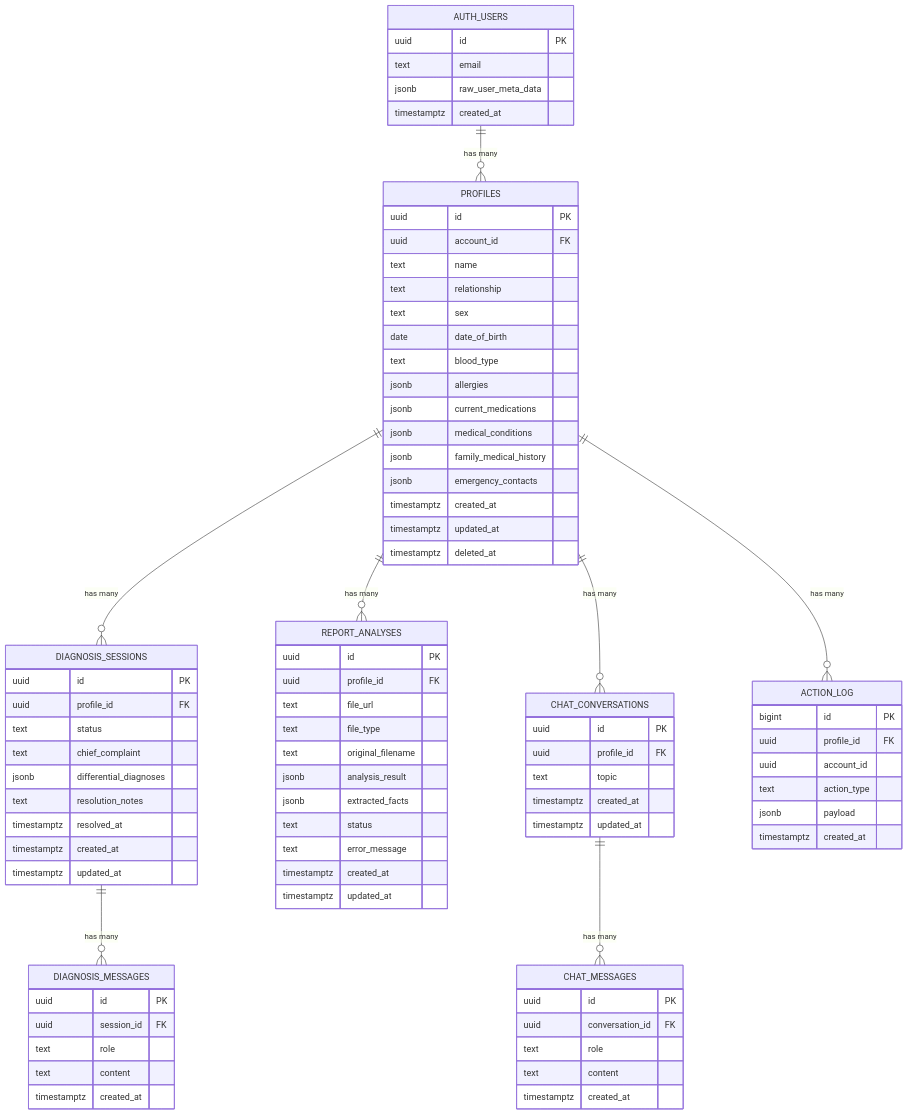
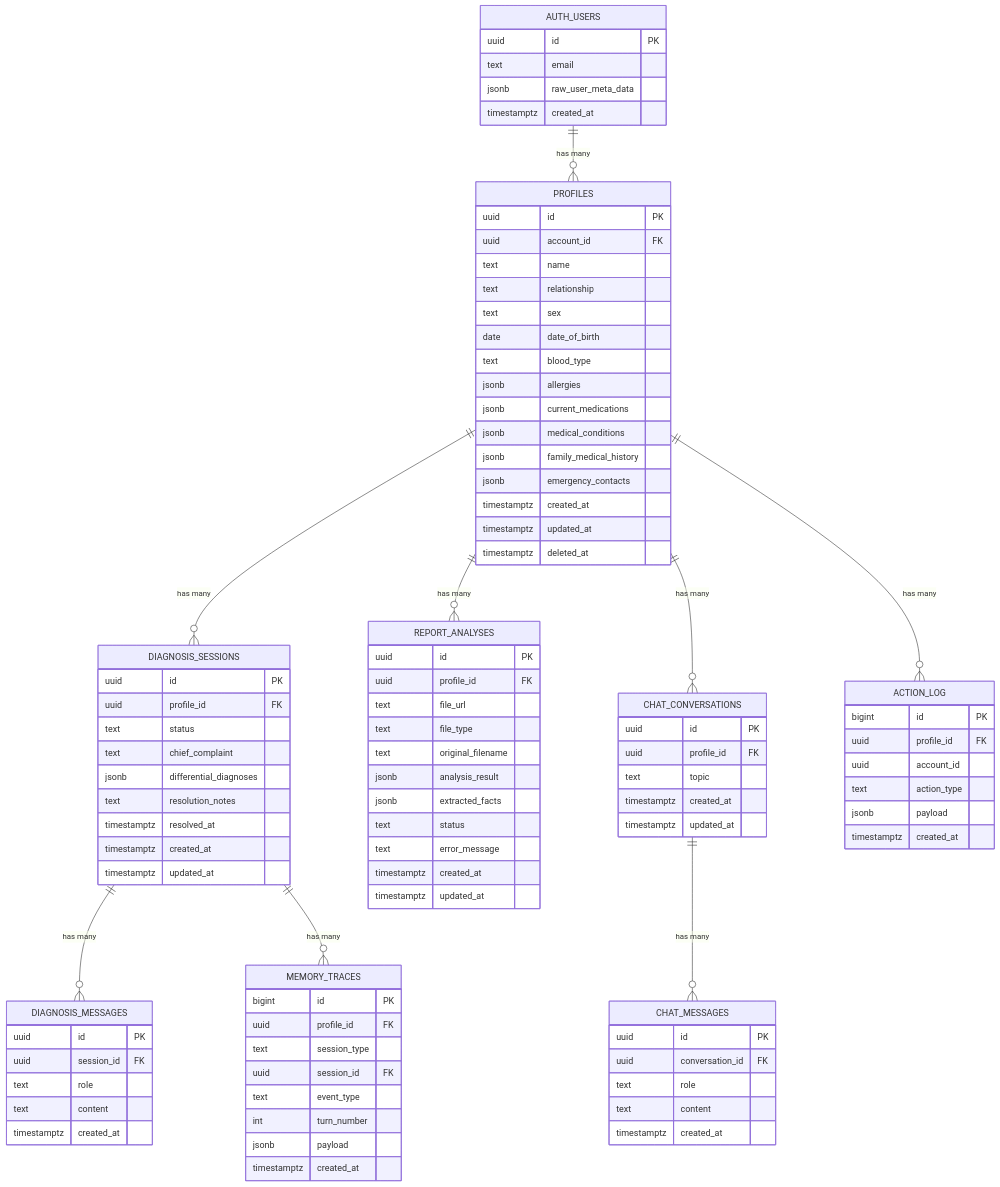
Before and after one commit to ArthurZhang2408/familyhealth-ai: the second of 6 diagrams in docs/ARCHITECTURE.md, drawn with Mermaid. The commit also changed other lines of this file and 22 other files, not shown here.

First line of the commit message:
feat: session delete/rename with memory cleanup and sidebar context menu (#20)

````diff
--- a/docs/ARCHITECTURE.md
+++ b/docs/ARCHITECTURE.md
@@ -118,6 +120,7 @@
     CHAT_CONVERSATIONS ||--o{ CHAT_MESSAGES : "has many"
     PROFILES ||--o{ ACTION_LOG : "has many"
     DIAGNOSIS_SESSIONS ||--o{ DIAGNOSIS_MESSAGES : "has many"
+    DIAGNOSIS_SESSIONS ||--o{ MEMORY_TRACES : "has many"
 
     AUTH_USERS {
         uuid id PK
@@ -202,4 +205,15 @@
         jsonb payload
         timestamptz created_at
     }
+
+    MEMORY_TRACES {
+        bigint id PK
+        uuid profile_id FK
+        text session_type
+        uuid session_id FK
+        text event_type
+        int turn_number
+        jsonb payload
+        timestamptz created_at
+    }
 ```
````
